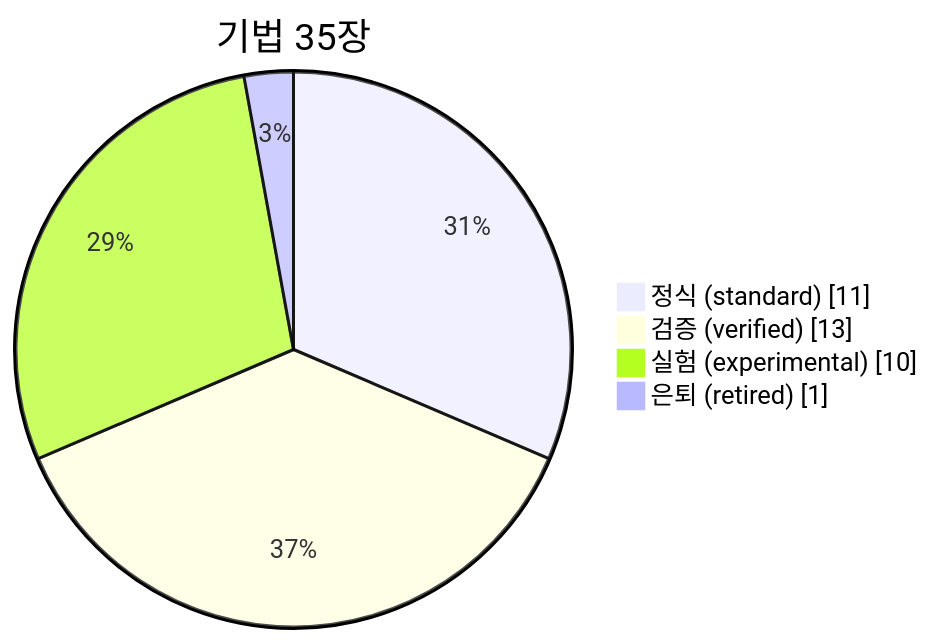
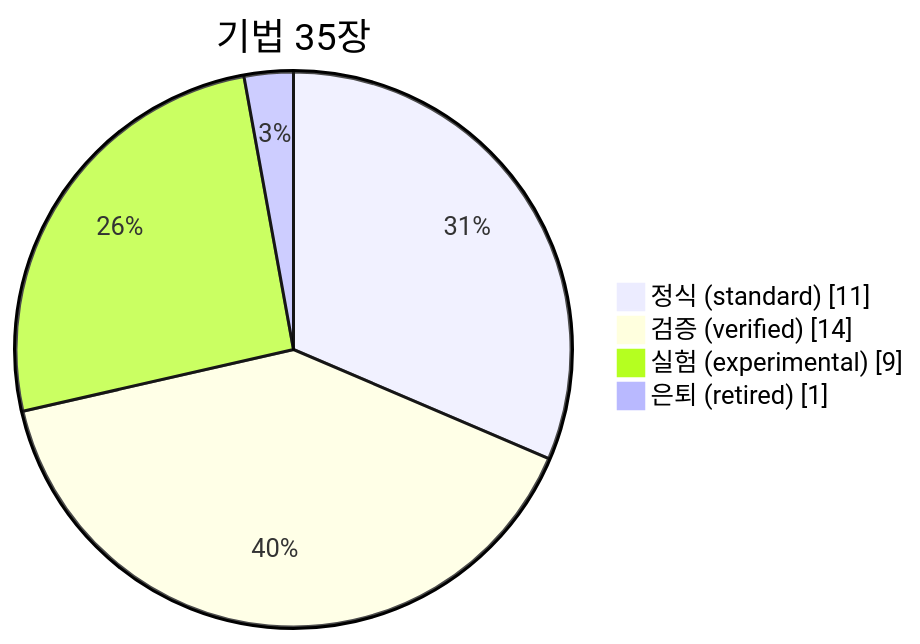
Before and after one commit to csbakk/clone-kb: the diagram in README.md, drawn with Mermaid. The commit also changed other lines of this file and 6 other files, not shown here.

First line of the commit message:
run(canvas): 세션20 — 복잡 워크플로우 5주제 매칭(T1~T5) + coord-inject-rearrange verified 승격

````diff
--- a/README.md
+++ b/README.md
@@ -29,8 +30,8 @@
 ```mermaid
 pie showData
     title 기법 35장
     "정식 (standard)" : 11
-    "검증 (verified)" : 13
-    "실험 (experimental)" : 10
+    "검증 (verified)" : 14
+    "실험 (experimental)" : 9
     "은퇴 (retired)" : 1
 ```
````
